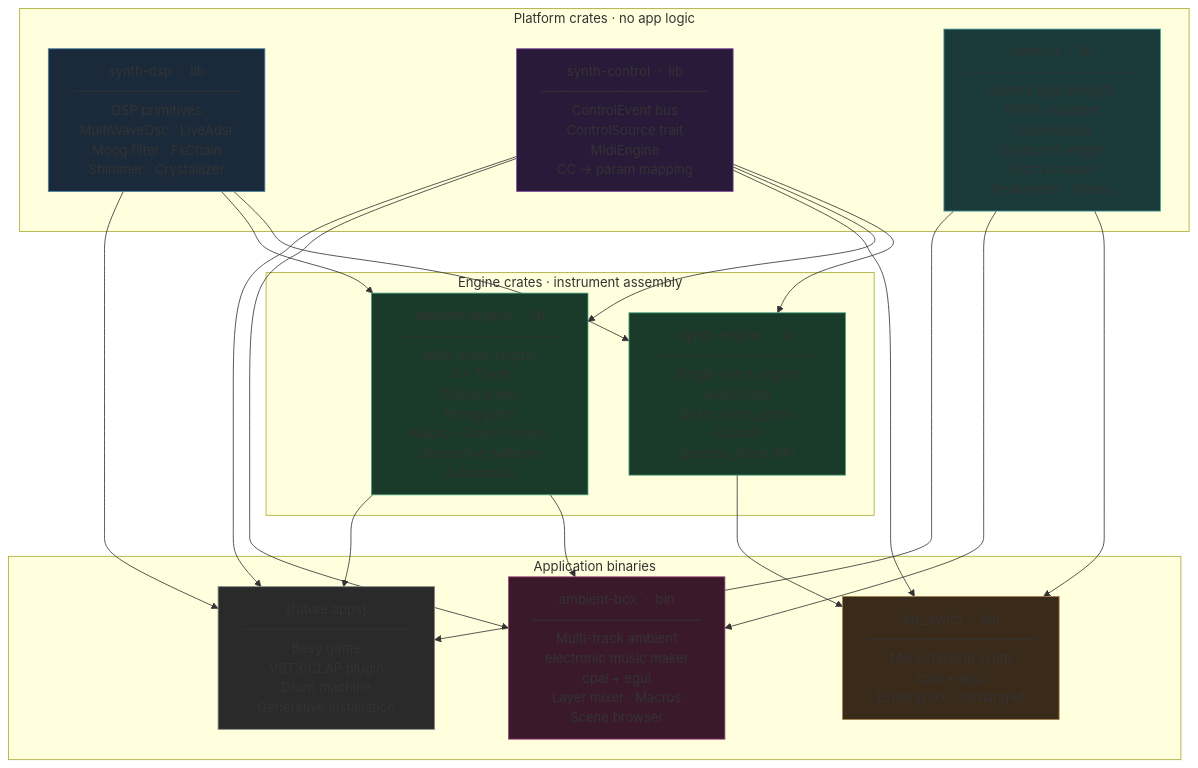
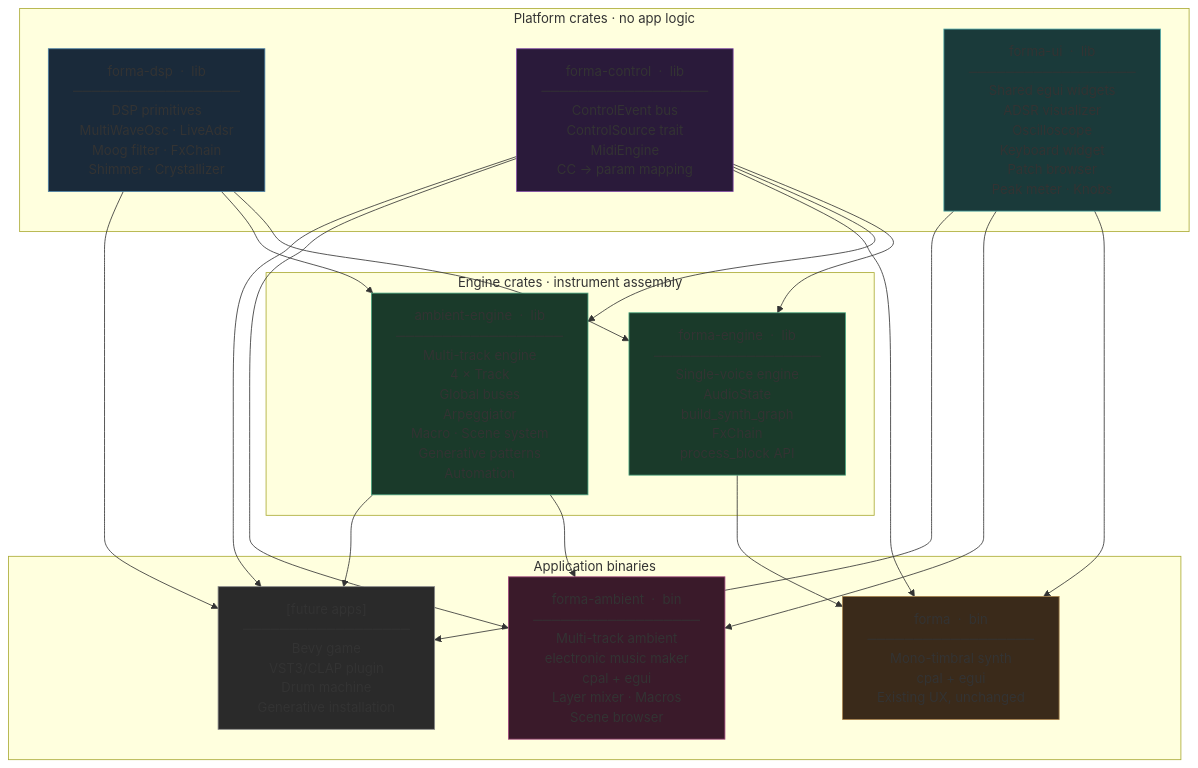
Before and after one commit to Ven7u/the_synth: the first of 16 diagrams in doc/ambient-architecture-proposal.md, drawn with Mermaid. The commit also changed other lines of this file and 143 other files, not shown here.

````diff
--- a/doc/ambient-architecture-proposal.md
+++ b/doc/ambient-architecture-proposal.md
@@ -96,35 +96,35 @@
 ```mermaid
 graph TD
     subgraph PLATFORM["Platform crates  ·  no app logic"]
-        DSP["synth-dsp  ·  lib\n──────────────────\nDSP primitives\nMultiWaveOsc · LiveAdsr\nMoog filter · FxChain\nShimmer · Crystallizer"]
-        CTRL["synth-control  ·  lib\n──────────────────\nControlEvent bus\nControlSource trait\nMidiEngine\nCC → param mapping"]
-        UI["synth-ui  ·  lib\n──────────────────\nShared egui widgets\nADSR visualizer\nOscilloscope\nKeyboard widget\nPatch browser\nPeak meter · Knobs"]
+        DSP["forma-dsp  ·  lib\n──────────────────\nDSP primitives\nMultiWaveOsc · LiveAdsr\nMoog filter · FxChain\nShimmer · Crystallizer"]
+        CTRL["forma-control  ·  lib\n──────────────────\nControlEvent bus\nControlSource trait\nMidiEngine\nCC → param mapping"]
+        UI["forma-ui  ·  lib\n──────────────────\nShared egui widgets\nADSR visualizer\nOscilloscope\nKeyboard widget\nPatch browser\nPeak meter · Knobs"]
     end
 
     subgraph ENGINES["Engine crates  ·  instrument assembly"]
-        SE["synth-engine  ·  lib\n──────────────────\nSingle-voice engine\nAudioState\nbuild_synth_graph\nFxChain\nprocess_block API"]
+        SE["forma-engine  ·  lib\n──────────────────\nSingle-voice engine\nAudioState\nbuild_synth_graph\nFxChain\nprocess_block API"]
         AE["ambient-engine  ·  lib\n──────────────────\nMulti-track engine\n4 × Track\nGlobal buses\nArpeggiator\nMacro · Scene system\nGenerative patterns\nAutomation"]
     end
 
     subgraph APPS["Application binaries"]
-        TS["the_synth  ·  bin\n──────────────────\nMono-timbral synth\ncpal + egui\nExisting UX, unchanged"]
-        AB["ambient-box  ·  bin\n──────────────────\nMulti-track ambient\nelectronic music maker\ncpal + egui\nLayer mixer · Macros\nScene browser"]
+        TS["forma  ·  bin\n──────────────────\nMono-timbral synth\ncpal + egui\nExisting UX, unchanged"]
+        AB["forma-ambient  ·  bin\n──────────────────\nMulti-track ambient\nelectronic music maker\ncpal + egui\nLayer mixer · Macros\nScene browser"]
         FUT["[future apps]\n──────────────────\nBevy game\nVST3/CLAP plugin\nDrum machine\nGenerative installation"]
     end
 
     DSP --> SE & AE
     CTRL --> SE & AE & TS & AB
     UI --> TS & AB
     SE --> TS
     AE --> AB
     DSP & CTRL & UI & AE --> FUT
 
     style DSP  fill:#1a2a3a,stroke:#4a7fa5
     style CTRL fill:#2a1a3a,stroke:#7f4aa5
     style UI   fill:#1a3a3a,stroke:#4aa5a5
     style SE   fill:#1a3a2a,stroke:#4aa57f
     style AE   fill:#1a3a2a,stroke:#4aa57f
     style TS   fill:#3a2a1a,stroke:#a57f4a
     style AB   fill:#3a1a2a,stroke:#a54a7f
     style FUT  fill:#2a2a2a,stroke:#888888
 ```
````
